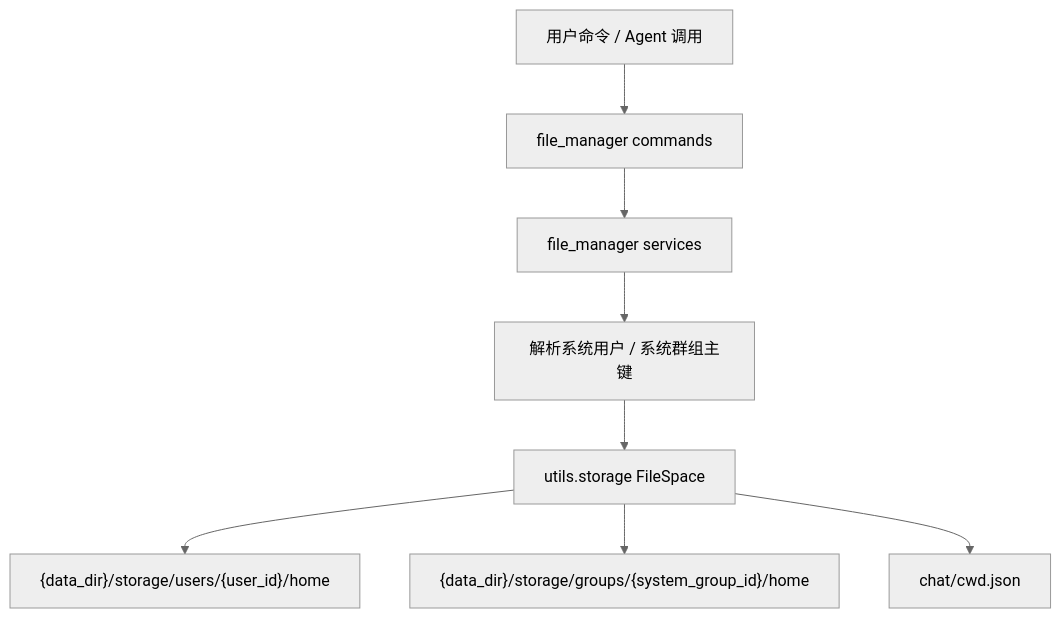
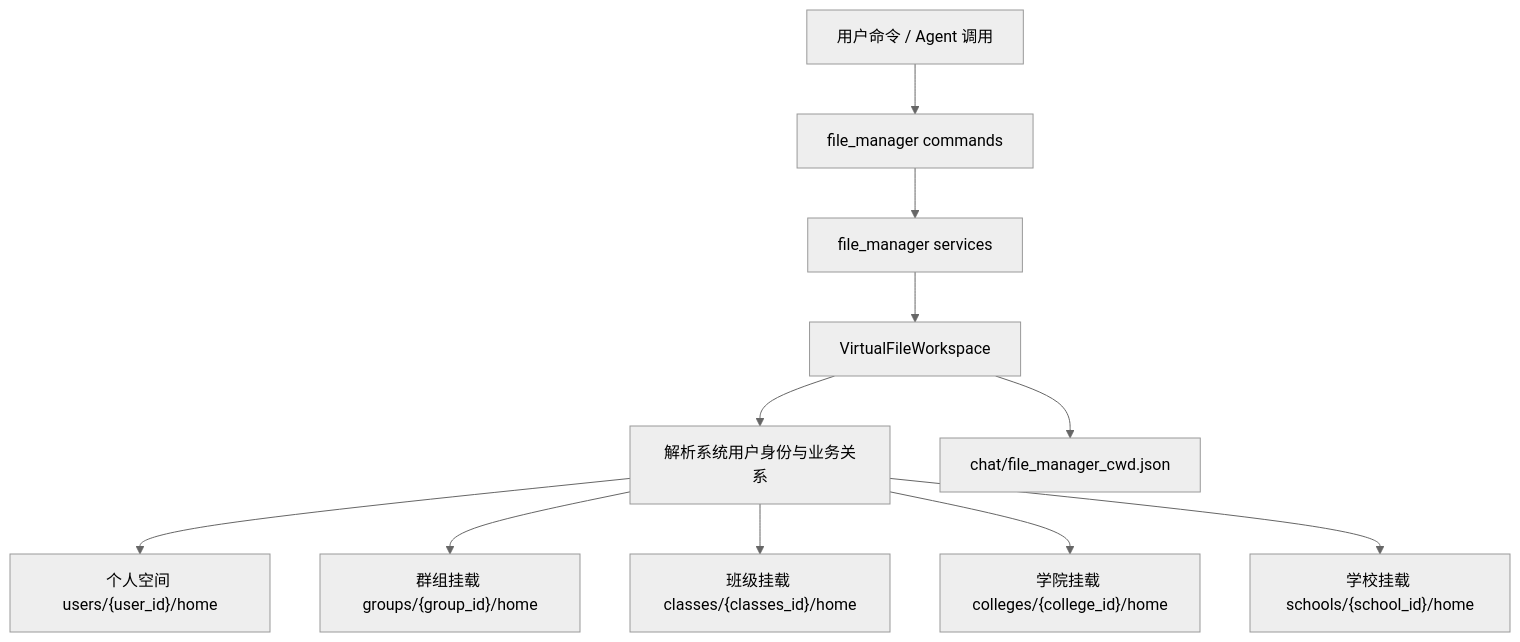
One commit to ClassRobot/ClassRobot changed the diagram in src/plugins/file_manager/README.md. Above: the diagram before and after it, drawn with Mermaid (neutral theme). The commit also changed other lines of this file and 13 other files, not shown here.

````diff
--- a/src/plugins/file_manager/README.md
+++ b/src/plugins/file_manager/README.md
@@ -57,10 +132,13 @@
 ```mermaid
 flowchart TD
     A["用户命令 / Agent 调用"] --> B["file_manager commands"]
     B --> C["file_manager services"]
-    C --> D["解析系统用户 / 系统群组主键"]
-    D --> E["utils.storage FileSpace"]
-    E --> F["{data_dir}/storage/users/{user_id}/home"]
-    E --> G["{data_dir}/storage/groups/{system_group_id}/home"]
-    E --> H["chat/cwd.json"]
+    C --> D["VirtualFileWorkspace"]
+    D --> E["解析系统用户身份与业务关系"]
+    E --> F["个人空间 users/{user_id}/home"]
+    E --> G["群组挂载 groups/{group_id}/home"]
+    E --> H["班级挂载 classes/{classes_id}/home"]
+    E --> I["学院挂载 colleges/{college_id}/home"]
+    E --> J["学校挂载 schools/{school_id}/home"]
+    D --> K["chat/file_manager_cwd.json"]
 ```
````
